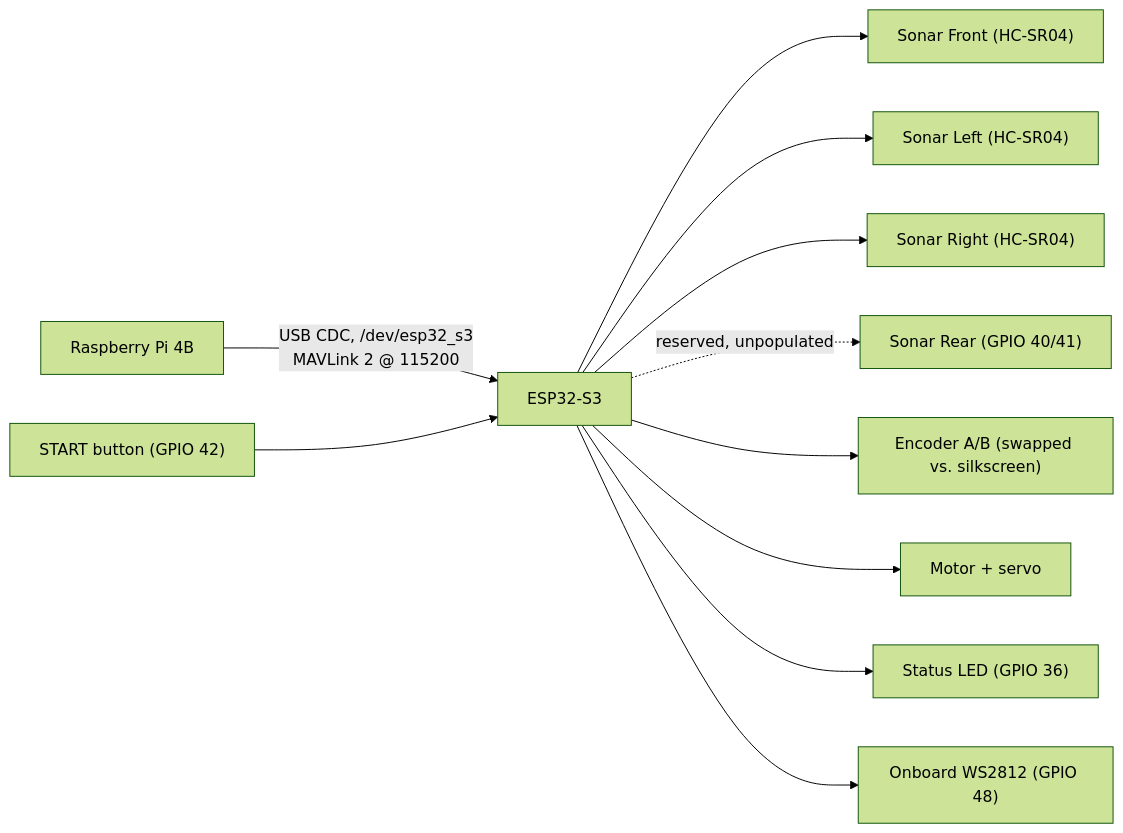
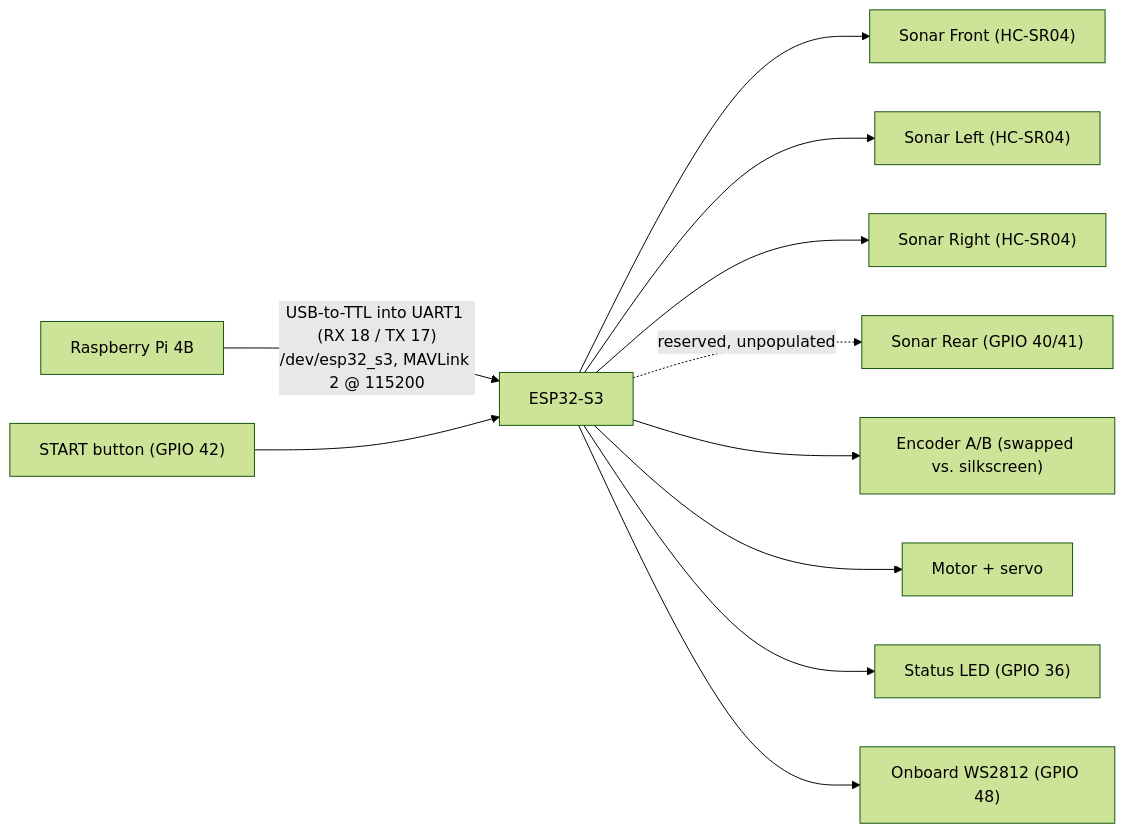
Before and after one commit to muztahiddurjoy/gorur_gari_2026: the diagram in circuit_diagram/README.md, drawn with Mermaid (forest theme). The commit also changed other lines of this file and 12 other files, not shown here.

````diff
--- a/circuit_diagram/README.md
+++ b/circuit_diagram/README.md
@@ -13,13 +13,13 @@
 ```mermaid
 flowchart LR
-    PI["Raspberry Pi 4B"] -->|"USB CDC, /dev/esp32_s3\nMAVLink 2 @ 115200"| ESP["ESP32-S3"]
+    PI["Raspberry Pi 4B"] -->|"USB-to-TTL into UART1 (RX 18 / TX 17)\n/dev/esp32_s3, MAVLink 2 @ 115200"| ESP["ESP32-S3"]
     ESP --> SF["Sonar Front (HC-SR04)"]
     ESP --> SL["Sonar Left (HC-SR04)"]
     ESP --> SR["Sonar Right (HC-SR04)"]
     ESP -.->|"reserved, unpopulated"| SREAR["Sonar Rear (GPIO 40/41)"]
     ESP --> ENC["Encoder A/B (swapped vs. silkscreen)"]
     ESP --> ACT["Motor + servo"]
     BTN["START button (GPIO 42)"] --> ESP
     ESP --> LED["Status LED (GPIO 36)"]
     ESP --> PIX["Onboard WS2812 (GPIO 48)"]
 ```
````
